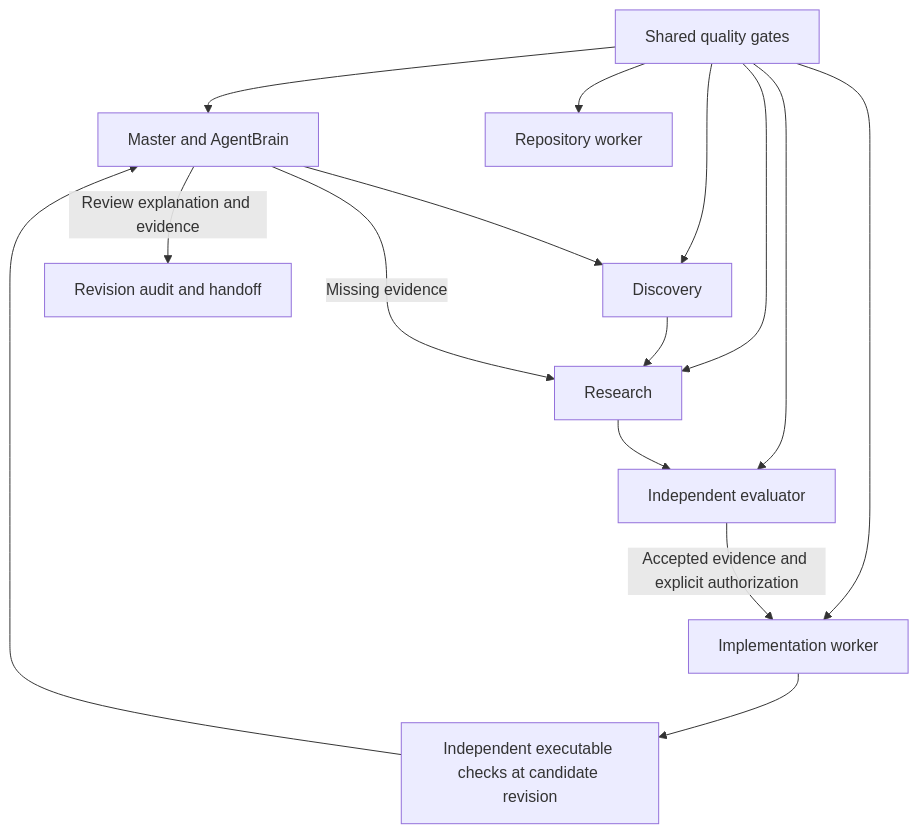
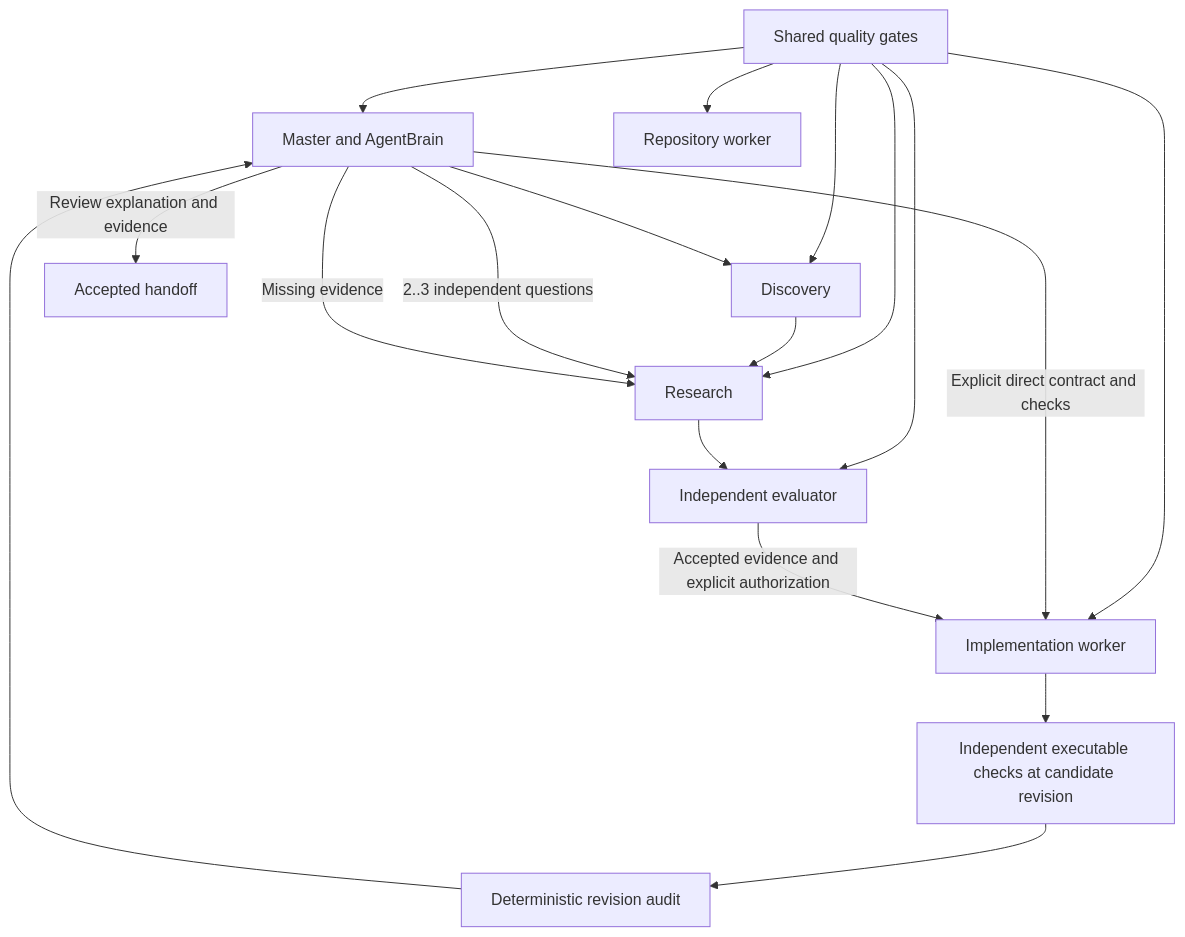
Before and after one commit to jinit24/omnitrix: the diagram in docs/QUALITY_GATES.md, drawn with Mermaid. The commit also changed other lines of this file and 6 other files, not shown here.

````diff
--- a/docs/QUALITY_GATES.md
+++ b/docs/QUALITY_GATES.md
@@ -23,17 +24,20 @@
 ```mermaid
 flowchart TD
     G[Shared quality gates] --> M[Master and AgentBrain]
     G --> D[Discovery]
     G --> R[Research]
     G --> E[Independent evaluator]
     G --> W[Repository worker]
     G --> I[Implementation worker]
     M --> D
+    M -->|Explicit direct contract and checks| I
     D --> R
     R --> E
+    M -->|2..3 independent questions| R
     E -->|Accepted evidence and explicit authorization| I
     I --> V[Independent executable checks at candidate revision]
-    V --> M
-    M -->|Review explanation and evidence| A[Revision audit and handoff]
+    V --> A[Deterministic revision audit]
+    A --> M
+    M -->|Review explanation and evidence| H[Accepted handoff]
     M -->|Missing evidence| R
 ```
````
